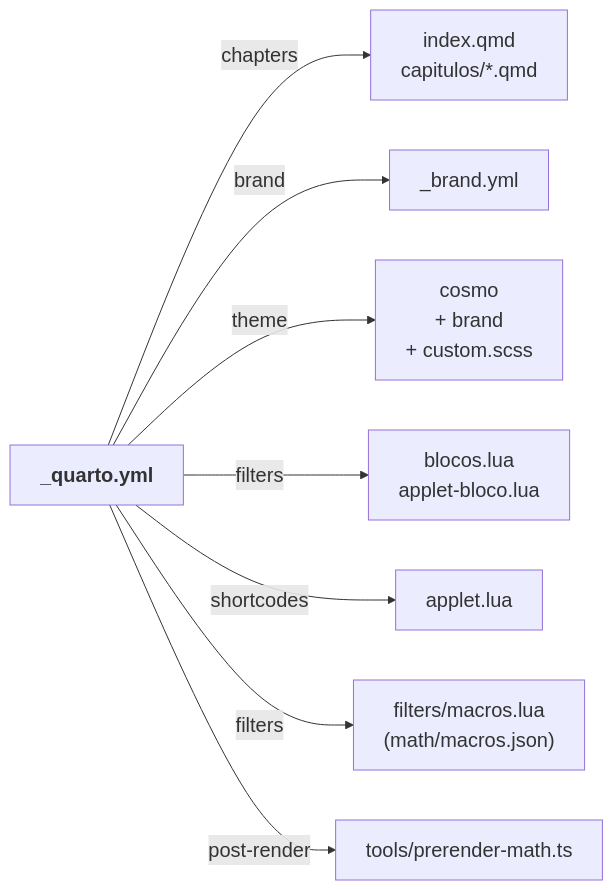
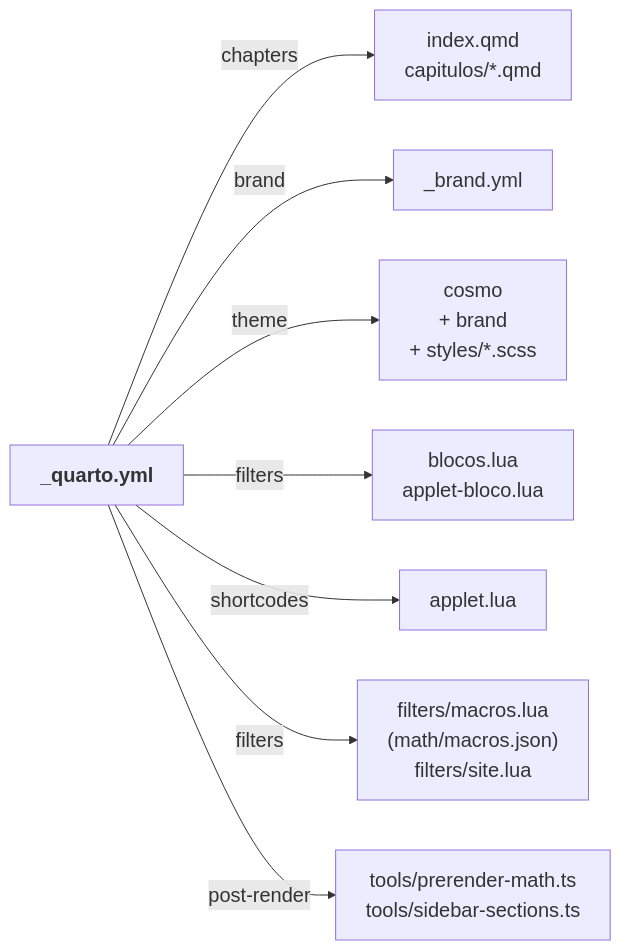
One commit to lcmerlo/livro-online-fcg changed the second of 9 diagrams in _interno/diretrizes/arquitetura.md. Above: the diagram before and after it, drawn with Mermaid. The commit also changed other lines of this file and 6 other files, not shown here.

````diff
--- a/_interno/diretrizes/arquitetura.md
+++ b/_interno/diretrizes/arquitetura.md
@@ -262,12 +286,12 @@
 ```mermaid
 %%{init: {"themeVariables": {"fontSize": "20px"}, "flowchart": {"wrappingWidth": 420}}}%%
 flowchart LR
     quarto["<b>_quarto.yml</b>"]
     quarto -->|"chapters"| caps["index.qmd<br/>capitulos/*.qmd"]
     quarto -->|"brand"| brand["_brand.yml"]
-    quarto -->|"theme"| tema["cosmo<br/>+ brand<br/>+ custom.scss"]
+    quarto -->|"theme"| tema["cosmo<br/>+ brand<br/>+ styles/*.scss"]
     quarto -->|"filters"| blocos["blocos.lua<br/>applet-bloco.lua"]
     quarto -->|"shortcodes"| appletlua["applet.lua"]
-    quarto -->|"filters"| macros["filters/macros.lua<br/>(math/macros.json)"]
-    quarto -->|"post-render"| pre["tools/prerender-math.ts"]
+    quarto -->|"filters"| macros["filters/macros.lua<br/>(math/macros.json)<br/>filters/site.lua"]
+    quarto -->|"post-render"| pre["tools/prerender-math.ts<br/>tools/sidebar-sections.ts"]
 ```
````
